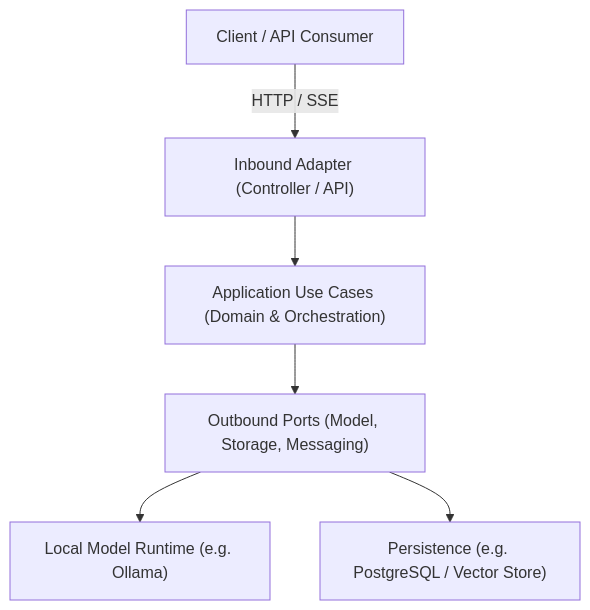
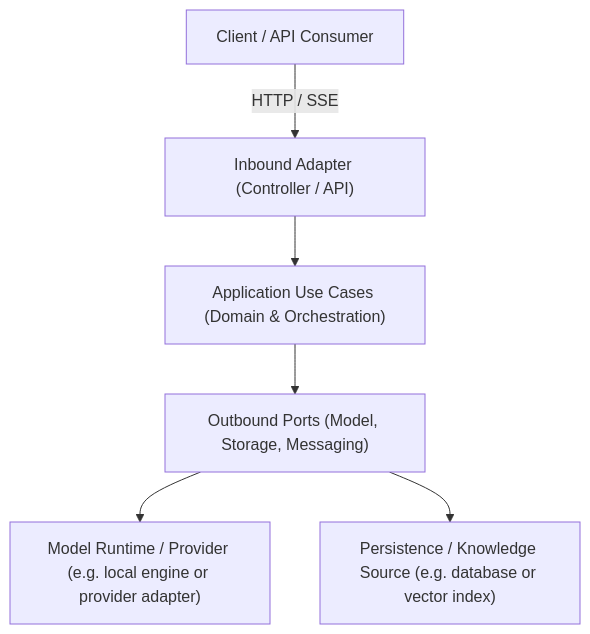
The diagram in templates/reference-application/README.md (avadhut-kore/ai-application-architecture), drawn with Mermaid before and after one commit. The commit also changed other lines of this file and 18 other files, not shown here.

````diff
--- a/templates/reference-application/README.md
+++ b/templates/reference-application/README.md
@@ -27,8 +27,8 @@
 ```mermaid
 graph TD
     Client["Client / API Consumer"] -->|"HTTP / SSE"| InboundAdapter["Inbound Adapter (Controller / API)"]
     InboundAdapter --> Core["Application Use Cases (Domain & Orchestration)"]
     Core --> OutboundPort["Outbound Ports (Model, Storage, Messaging)"]
-    OutboundPort --> LocalInference["Local Model Runtime (e.g. Ollama)"]
-    OutboundPort --> Persistence["Persistence (e.g. PostgreSQL / Vector Store)"]
+    OutboundPort --> ModelRuntime["Model Runtime / Provider (e.g. local engine or provider adapter)"]
+    OutboundPort --> Persistence["Persistence / Knowledge Source (e.g. database or vector index)"]
 ```
````
